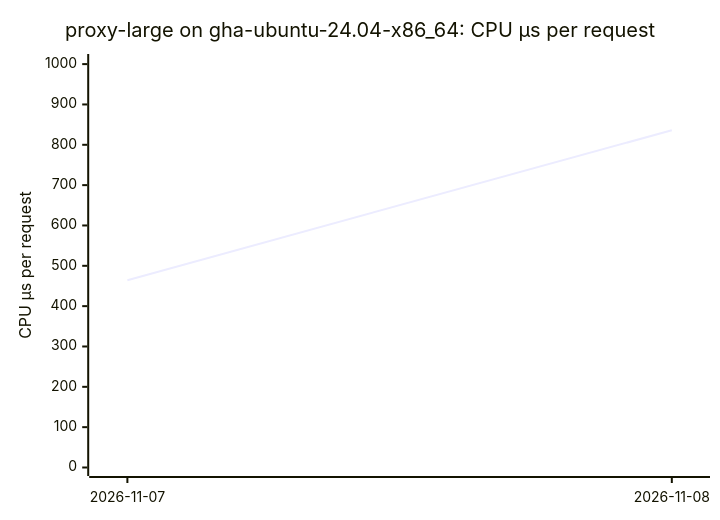
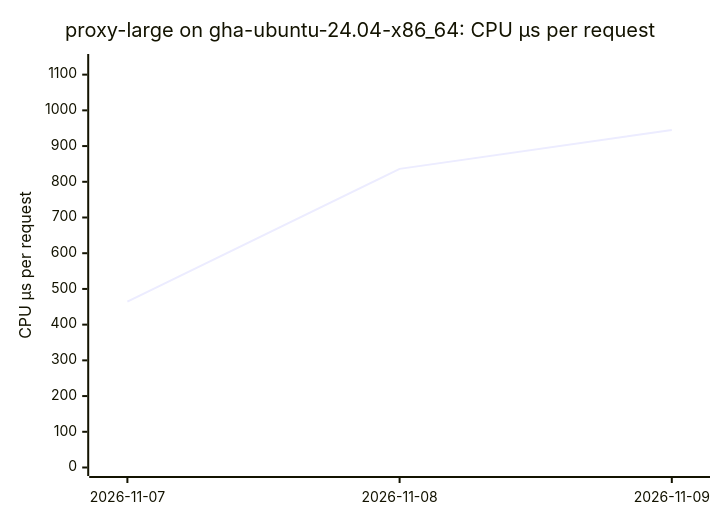
The sixth of 18 diagrams in BENCHMARKS.md (ThePixelPilgrim/durchlauferhitzer), drawn with Mermaid before and after one commit. The commit also changed other lines of this file and 1 other file, not shown here.

````diff
--- a/BENCHMARKS.md
+++ b/BENCHMARKS.md
@@ -75,7 +76,7 @@
 ```mermaid
 xychart-beta
   title "proxy-large on gha-ubuntu-24.04-x86_64: CPU µs per request"
-  x-axis ["2026-11-07", "2026-11-08"]
-  y-axis "CPU µs per request" 0 --> 1004
-  line [464.25, 836.13]
+  x-axis ["2026-11-07", "2026-11-08", "2026-11-09"]
+  y-axis "CPU µs per request" 0 --> 1134
+  line [464.25, 836.13, 944.91]
 ```
````
